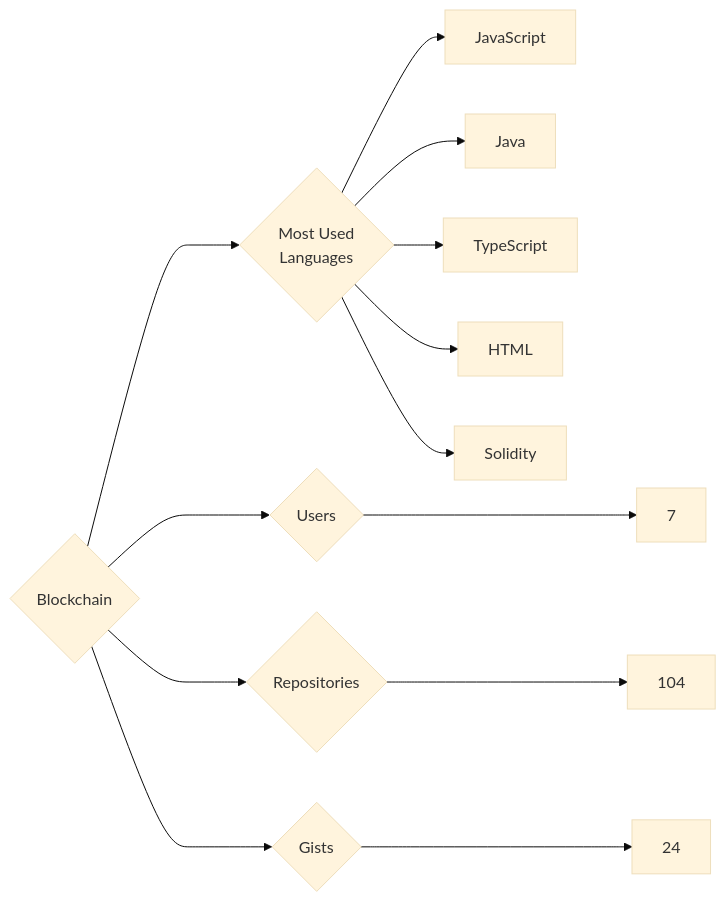
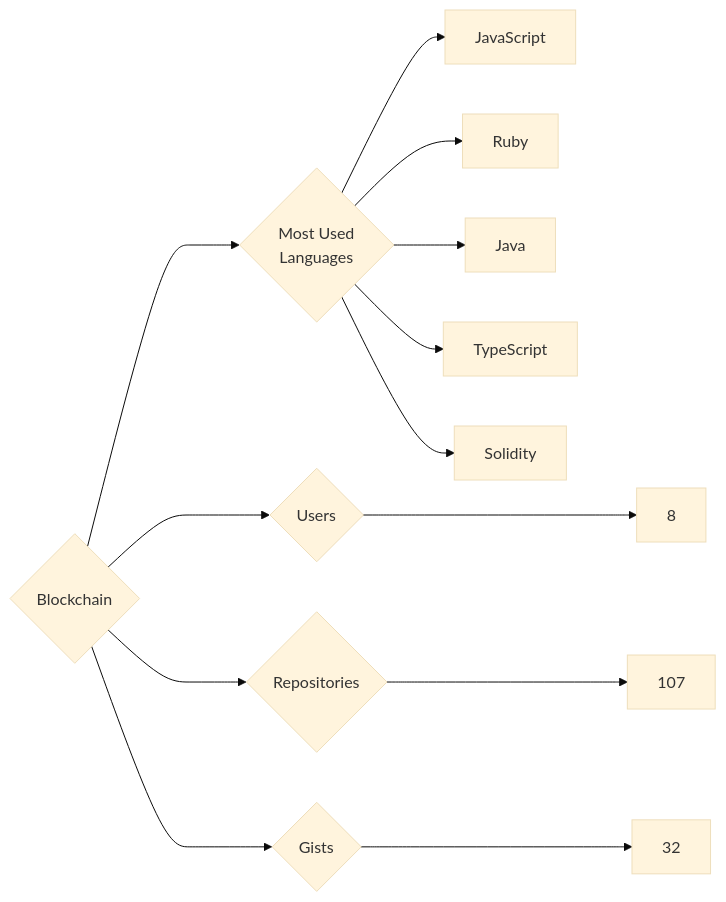
Before and after one commit to trickest/insiders: the diagram in targets/Blockchain/README.md, drawn with Mermaid (base theme). The commit also changed 1148 other files, not shown here.

````diff
--- a/targets/Blockchain/README.md
+++ b/targets/Blockchain/README.md
@@ -3,13 +3,13 @@
 ```mermaid
 graph LR
 COMPANY_NAME{Blockchain}
-COMPANY_NAME ---> U{Users} ---> UN[7]
-COMPANY_NAME ---> R{Repositories} ---> RN[104]
-COMPANY_NAME ---> G{Gists} ---> GN[24]
+COMPANY_NAME ---> U{Users} ---> UN[8]
+COMPANY_NAME ---> R{Repositories} ---> RN[107]
+COMPANY_NAME ---> G{Gists} ---> GN[32]
 COMPANY_NAME ---> ML{Most Used<br>Languages}
 ML --> JavaScript[JavaScript]
+ML --> Ruby[Ruby]
 ML --> Java[Java]
 ML --> TypeScript[TypeScript]
-ML --> HTML[HTML]
 ML --> Solidity[Solidity]
 ```
````
